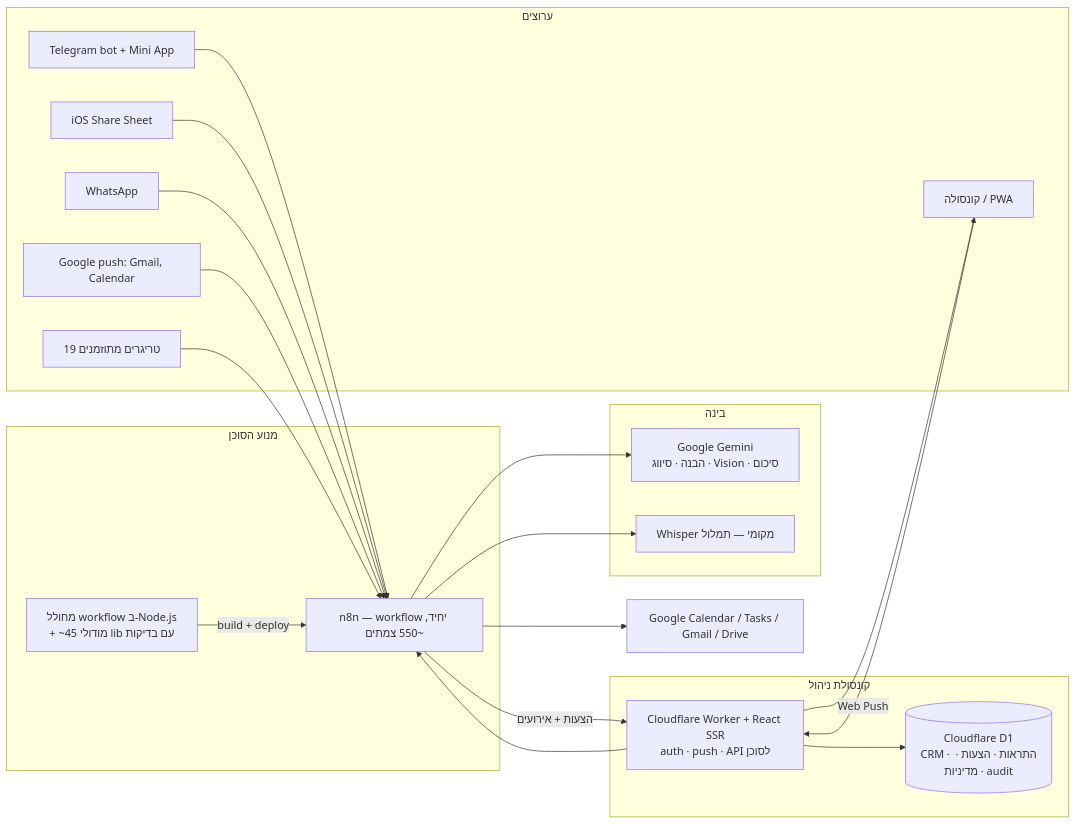
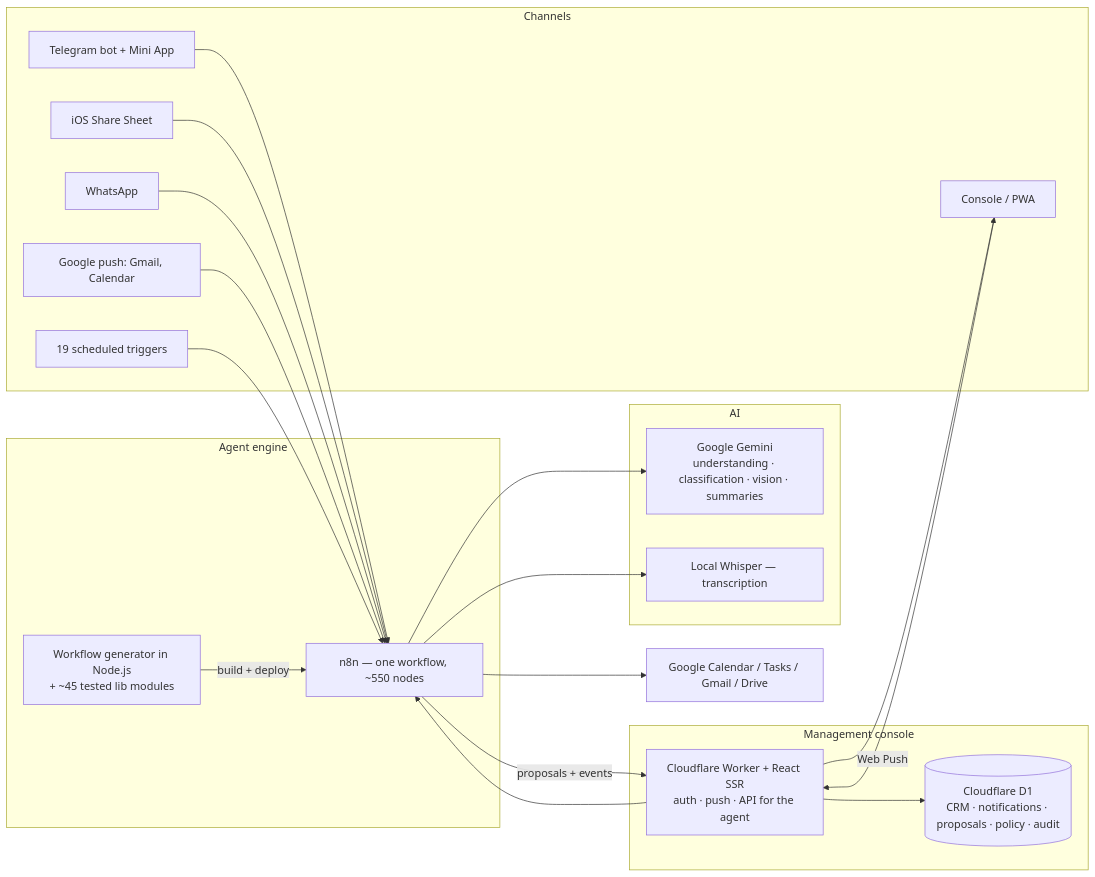
One commit to danidliod/ai-projects-portfolio changed the first of 2 diagrams in projects/02-chief-of-staff-agent.md. Above: the diagram before and after it, drawn with Mermaid. The commit also changed other lines of this file and 10 other files, not shown here.

````diff
--- a/projects/02-chief-of-staff-agent.md
+++ b/projects/02-chief-of-staff-agent.md
@@ -52,32 +52,32 @@
 ```mermaid
 flowchart LR
-  subgraph Channels[ערוצים]
+  subgraph Channels[Channels]
     TG[Telegram bot + Mini App]
     IOS[iOS Share Sheet]
     WA[WhatsApp]
-    PWA[קונסולה / PWA]
+    PWA[Console / PWA]
     GP[Google push: Gmail, Calendar]
-    SCH[19 טריגרים מתוזמנים]
+    SCH[19 scheduled triggers]
   end
-  subgraph Engine[מנוע הסוכן]
-    GEN["מחולל workflow ב-Node.js<br/>+ ~45 מודולי lib עם בדיקות"]
-    N8N["n8n — workflow יחיד, ~550 צמתים"]
+  subgraph Engine[Agent engine]
+    GEN["Workflow generator in Node.js<br/>+ ~45 tested lib modules"]
+    N8N["n8n — one workflow, ~550 nodes"]
     GEN -- build + deploy --> N8N
   end
-  subgraph AI[בינה]
-    GEM[Google Gemini<br/>הבנה · סיווג · Vision · סיכום]
-    WH[Whisper מקומי — תמלול]
+  subgraph AI[AI]
+    GEM[Google Gemini<br/>understanding · classification · vision · summaries]
+    WH[Local Whisper — transcription]
   end
-  subgraph Console[קונסולת ניהול]
-    CW[Cloudflare Worker + React SSR<br/>auth · push · API לסוכן]
-    D1[(Cloudflare D1<br/>CRM · התראות · הצעות · מדיניות · audit)]
+  subgraph Console[Management console]
+    CW[Cloudflare Worker + React SSR<br/>auth · push · API for the agent]
+    D1[(Cloudflare D1<br/>CRM · notifications · proposals · policy · audit)]
   end
   G[Google Calendar / Tasks / Gmail / Drive]
 
   TG & IOS & WA & GP & SCH --> N8N
   PWA --> CW --> N8N
   N8N --> GEM & WH
   N8N --> G
-  N8N -- הצעות + אירועים --> CW --> D1
+  N8N -- proposals + events --> CW --> D1
   CW -- Web Push --> PWA
 ```
````
